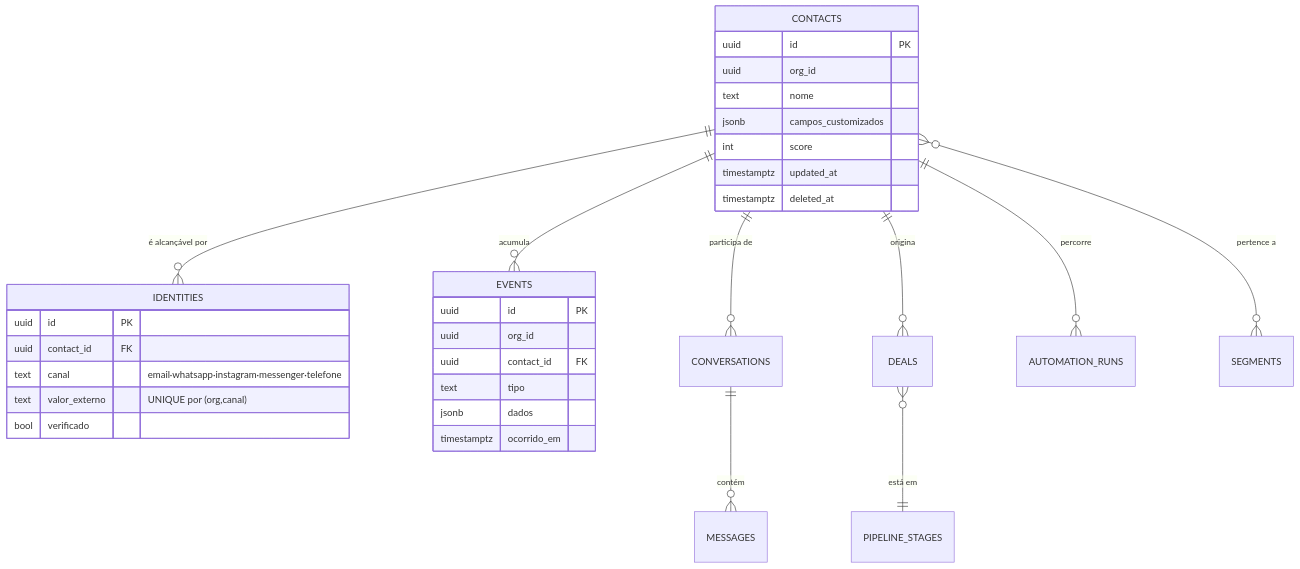
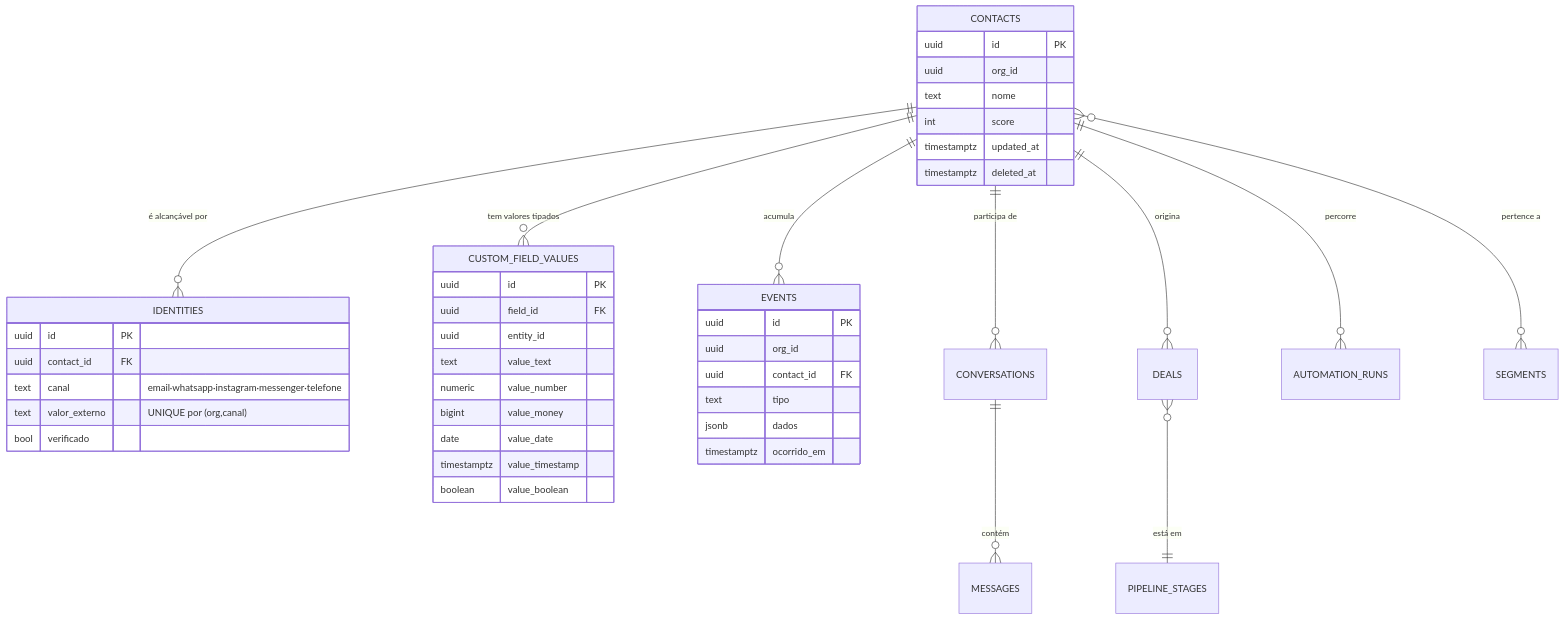
The second of 4 diagrams in docs/arquitetura/visao-geral.md (leonardoscapinello/spark), drawn with Mermaid before and after one commit. The commit also changed 51 other files, not shown here.

````diff
--- a/docs/arquitetura/visao-geral.md
+++ b/docs/arquitetura/visao-geral.md
@@ -81,36 +81,47 @@
 ```mermaid
 erDiagram
     CONTACTS ||--o{ IDENTITIES : "é alcançável por"
+    CONTACTS ||--o{ CUSTOM_FIELD_VALUES : "tem valores tipados"
     CONTACTS ||--o{ EVENTS : "acumula"
     CONTACTS ||--o{ CONVERSATIONS : "participa de"
     CONTACTS ||--o{ DEALS : "origina"
     CONVERSATIONS ||--o{ MESSAGES : contém
     DEALS }o--|| PIPELINE_STAGES : "está em"
     CONTACTS ||--o{ AUTOMATION_RUNS : "percorre"
     CONTACTS }o--o{ SEGMENTS : "pertence a"
 
     CONTACTS {
         uuid id PK
         uuid org_id
         text nome
-        jsonb campos_customizados
         int score
         timestamptz updated_at
         timestamptz deleted_at
     }
     IDENTITIES {
         uuid id PK
         uuid contact_id FK
         text canal "email·whatsapp·instagram·messenger·telefone"
         text valor_externo "UNIQUE por (org,canal)"
         bool verificado
     }
+    CUSTOM_FIELD_VALUES {
+        uuid id PK
+        uuid field_id FK
+        uuid entity_id
+        text value_text
+        numeric value_number
+        bigint value_money
+        date value_date
+        timestamptz value_timestamp
+        boolean value_boolean
+    }
     EVENTS {
         uuid id PK
         uuid org_id
         uuid contact_id FK
         text tipo
         jsonb dados
         timestamptz ocorrido_em
     }
 ```
````
